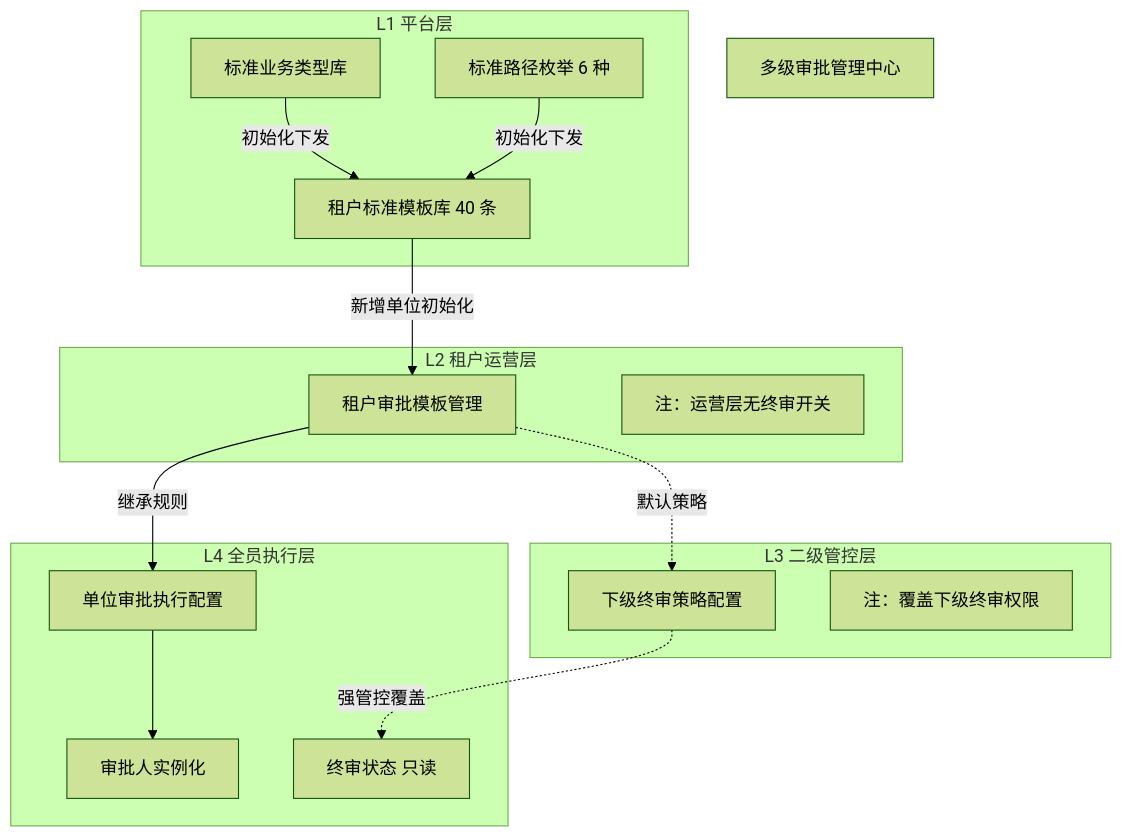
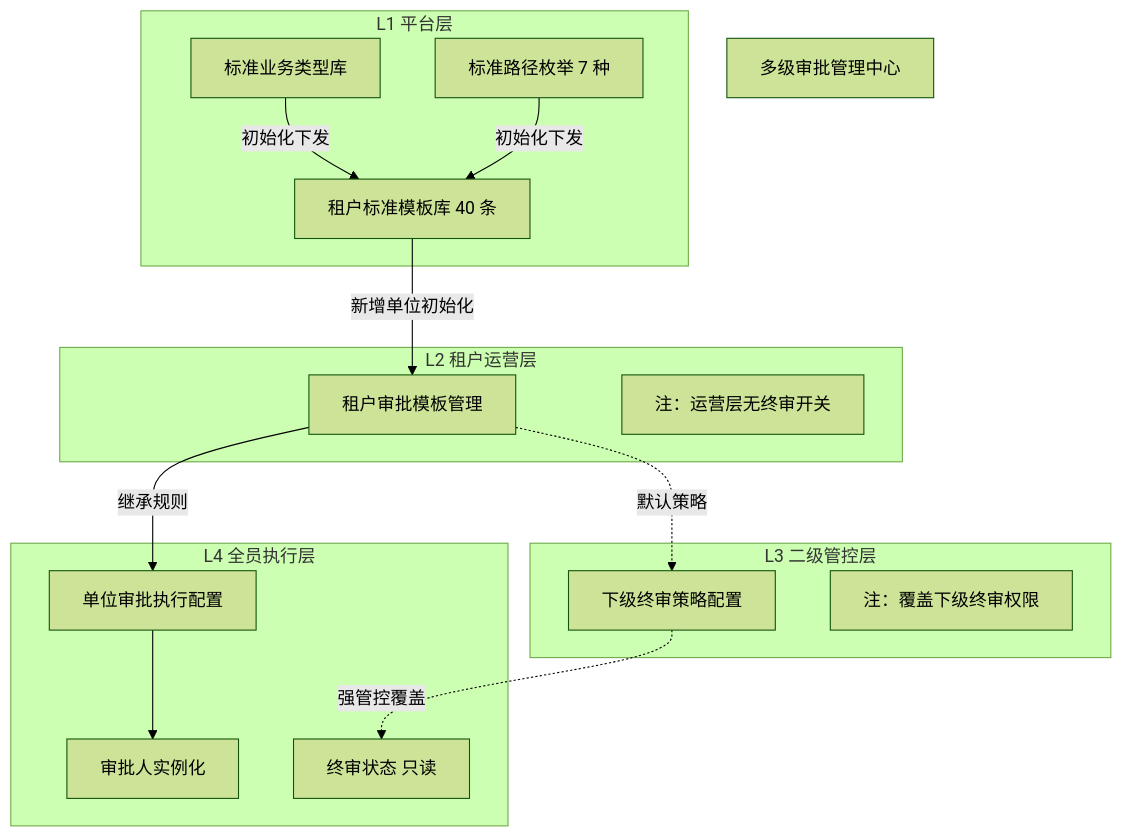
Before and after one commit to liangnvxiaozhou/procurement_platform: the diagram in 智慧招采平台/运营后台/审批流程配置功能_20260417.md, drawn with Mermaid (forest theme). The commit also changed other lines of this file, not shown here.

````diff
--- a/智慧招采平台/运营后台/审批流程配置功能_20260417.md
+++ b/智慧招采平台/运营后台/审批流程配置功能_20260417.md
@@ -21,35 +21,35 @@
 ```mermaid
 graph TD
     Root[多级审批管理中心]
     
     subgraph L1_Platform [L1 平台层]
         A1[标准业务类型库]
-        A2[标准路径枚举 6 种]
+        A2[标准路径枚举 7 种]
         A3[租户标准模板库 40 条]
         A1 -->|初始化下发 | A3
         A2 -->|初始化下发 | A3
     end
 
     subgraph L2_Tenant [L2 租户运营层]
         B1[租户审批模板管理]
         N1[注：运营层无终审开关]
     end
 
     subgraph L3_Tier2 [L3 二级管控层]
         C1[下级终审策略配置]
         N2[注：覆盖下级终审权限]
     end
 
     subgraph L4_Execute [L4 全员执行层]
         D1[单位审批执行配置]
         D2[审批人实例化]
         D3[终审状态 只读]
     end
 
     %% 数据流转关系
     A3 -->|新增单位初始化 | B1
     B1 -->|继承规则 | D1
     D1 --> D2
     B1 -.->|默认策略 | C1
     C1 -.->|强管控覆盖 | D3
 ```
````
